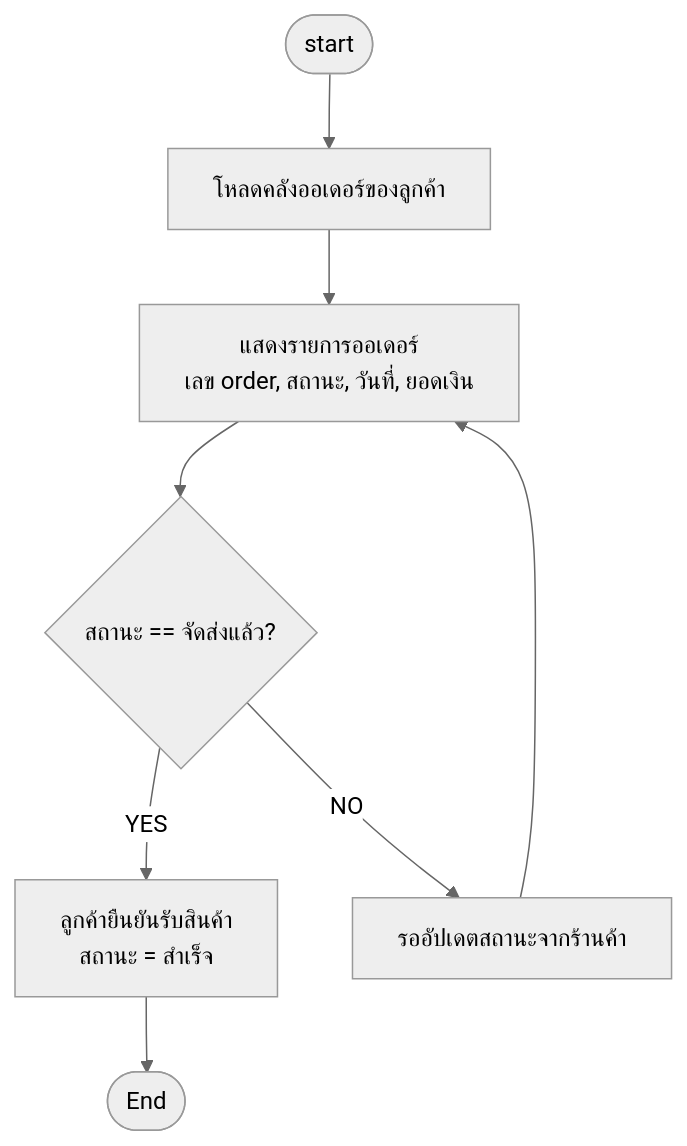
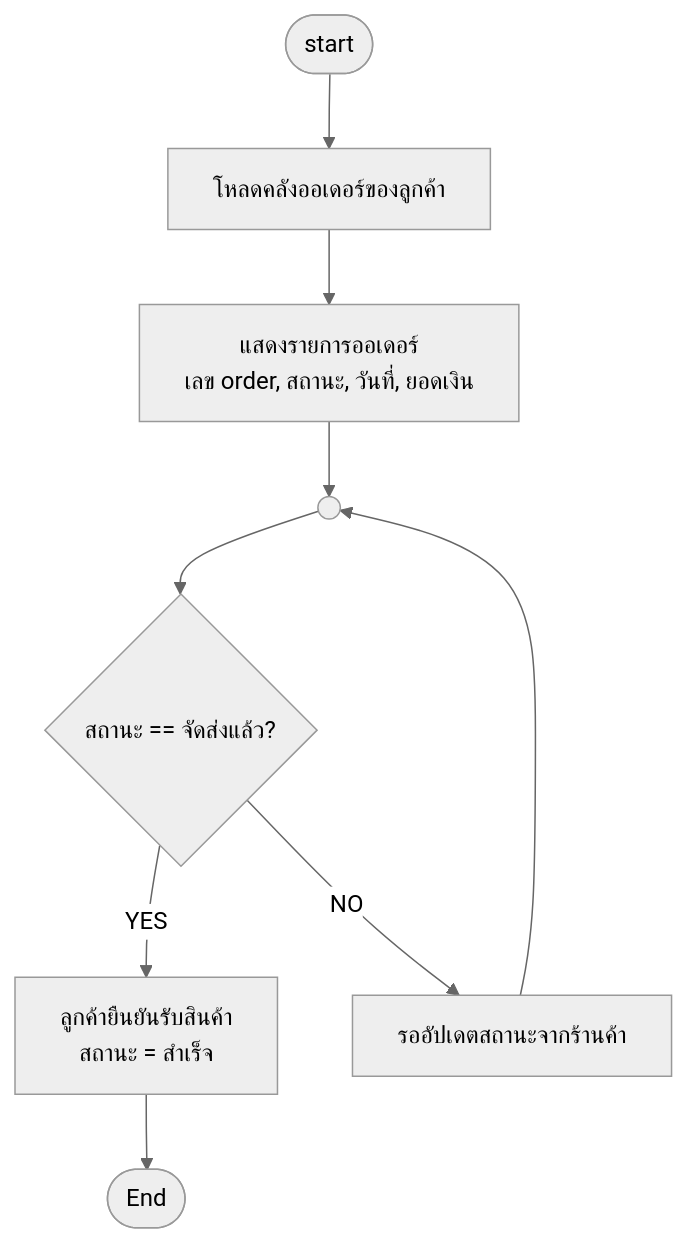
The ninth of 18 diagrams in README.md (doraemon-kub/CSI402_Project-final), drawn with Mermaid (neutral theme) before and after one commit. The commit also changed other lines of this file, not shown here.

Commit message:
docs: add ANSI standard on-page connector symbols (( )) to loop-back and junction flowcharts

````diff
--- a/README.md
+++ b/README.md
@@ -251,10 +263,11 @@
 ```mermaid
 flowchart TD
     Start([start]) --> LoadOrders[โหลดคลังออเดอร์ของลูกค้า]
     LoadOrders --> ShowOrderList[แสดงรายการออเดอร์\nเลข order, สถานะ, วันที่, ยอดเงิน]
-    ShowOrderList --> CheckShipped{สถานะ == จัดส่งแล้ว?}
+    ShowOrderList --> ConnOrder(( ))
+    ConnOrder --> CheckShipped{สถานะ == จัดส่งแล้ว?}
     CheckShipped -- YES --> ConfirmReceived[ลูกค้ายืนยันรับสินค้า\nสถานะ = สำเร็จ]
     CheckShipped -- NO --> WaitStatus[รออัปเดตสถานะจากร้านค้า]
-    WaitStatus --> ShowOrderList
+    WaitStatus --> ConnOrder
     ConfirmReceived --> End([End])
 ```
````
